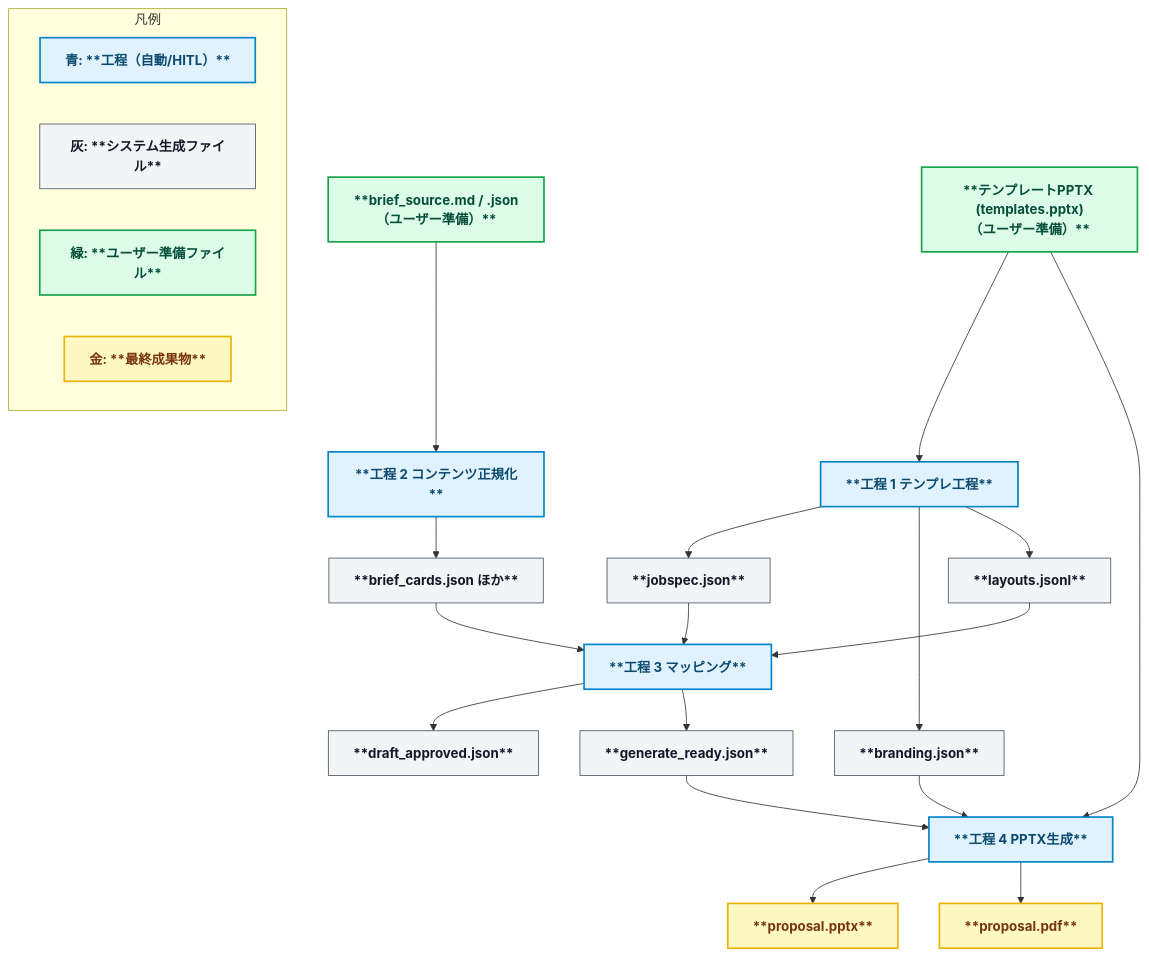
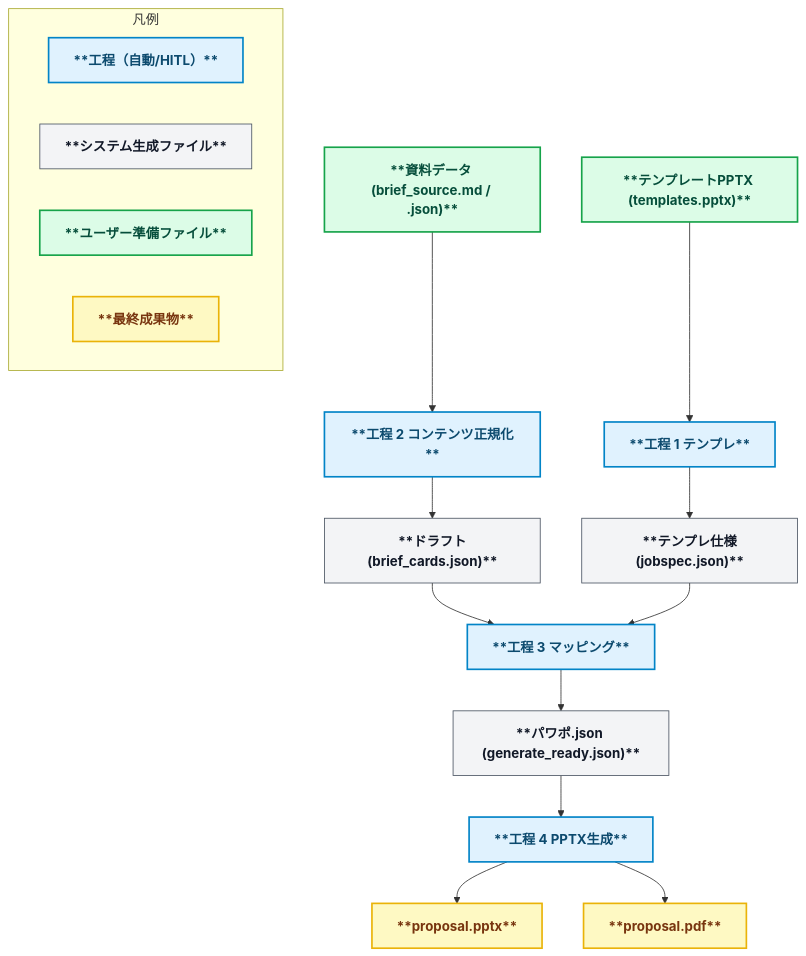
The diagram in README.md (yurake/pptx_generator), drawn with Mermaid before and after one commit. The commit also changed other lines of this file, not shown here.

````diff
--- a/README.md
+++ b/README.md
@@ -26,41 +26,36 @@
 ```mermaid
 flowchart TD
   %% ======= Styles =======
   classDef stage fill:#e0f2fe,stroke:#0284c7,stroke-width:2px,color:#0c4a6e,font-weight:bold;
   classDef file fill:#f3f4f6,stroke:#4b5563,stroke-width:1px,color:#111827,font-weight:bold;
   classDef userfile fill:#dcfce7,stroke:#16a34a,stroke-width:2px,color:#064e3b,font-weight:bold;
   classDef final fill:#fef9c3,stroke:#eab308,stroke-width:2px,color:#78350f,font-weight:bold;
 
   %% ======= Stage 1 =======
-  Tmpl["**テンプレートPPTX (templates.pptx)<br>（ユーザー準備）**"]:::userfile --> S1["**工程 1 テンプレ工程**"]:::stage
-  S1 --> Jobspec["**jobspec.json**"]:::file
-  S1 --> Branding["**branding.json**"]:::file
-  S1 --> Layouts["**layouts.jsonl**"]:::file
+  Tmpl["**テンプレートPPTX (templates.pptx)**"]:::userfile --> S1["**工程 1 テンプレ**"]:::stage
+  S1 --> Jobspec["**テンプレ仕様(jobspec.json)**"]:::file
 
   %% ======= Stage 2 =======
-  Brief["**brief_source.md / .json（ユーザー準備）**"]:::userfile --> S2["**工程 2 コンテンツ正規化**"]:::stage
-  S2 --> BriefCards["**brief_cards.json ほか**"]:::file
+  Brief["**資料データ (brief_source.md / .json)**"]:::userfile --> S2["**工程 2 コンテンツ正規化**"]:::stage
+  S2 --> BriefCards["**ドラフト(brief_cards.json)**"]:::file
+  BriefCards --> S3
 
   %% ======= Stage 3 =======
-  Jobspec --> S3["**工程 3 マッピング**"]:::stage
-  BriefCards --> S3
-  Layouts --> S3
-  S3 --> Draft["**draft_approved.json**"]:::file
-  S3 --> Ready["**generate_ready.json**"]:::file
+  S3["**工程 3 マッピング**"]:::stage
+  Jobspec --> S3
+  S3 --> Ready["**パワポ.json (generate_ready.json)**"]:::file
 
   %% ======= Stage 4 =======
   Ready --> S4["**工程 4 PPTX生成**"]:::stage
-  Tmpl --> S4
-  Branding --> S4
   S4 --> PPTX["**proposal.pptx**"]:::final
   S4 --> PDF["**proposal.pdf**"]:::final
 
   %% ======= Legend =======
   subgraph Legend[凡例]
     direction LR
-    A1["青: **工程（自動/HITL）**"]:::stage
-    A2["灰: **システム生成ファイル**"]:::file
-    A3["緑: **ユーザー準備ファイル**"]:::userfile
-    A4["金: **最終成果物**"]:::final
+    A1["**工程（自動/HITL）**"]:::stage
+    A2["**システム生成ファイル**"]:::file
+    A3["**ユーザー準備ファイル**"]:::userfile
+    A4["**最終成果物**"]:::final
   end
 ```
````
